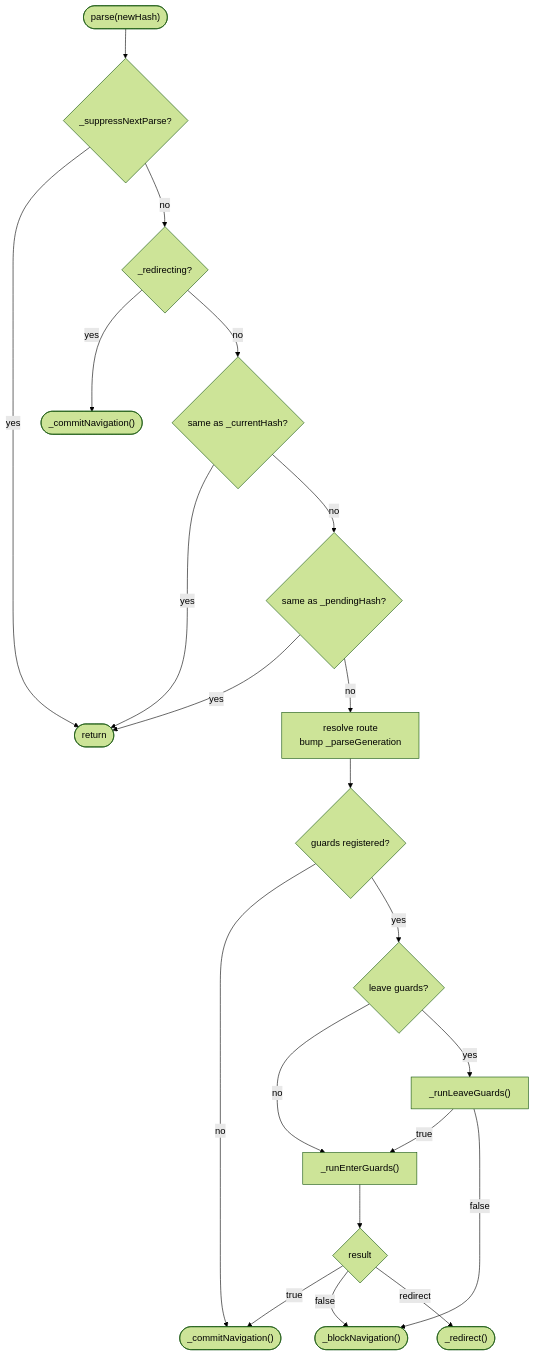
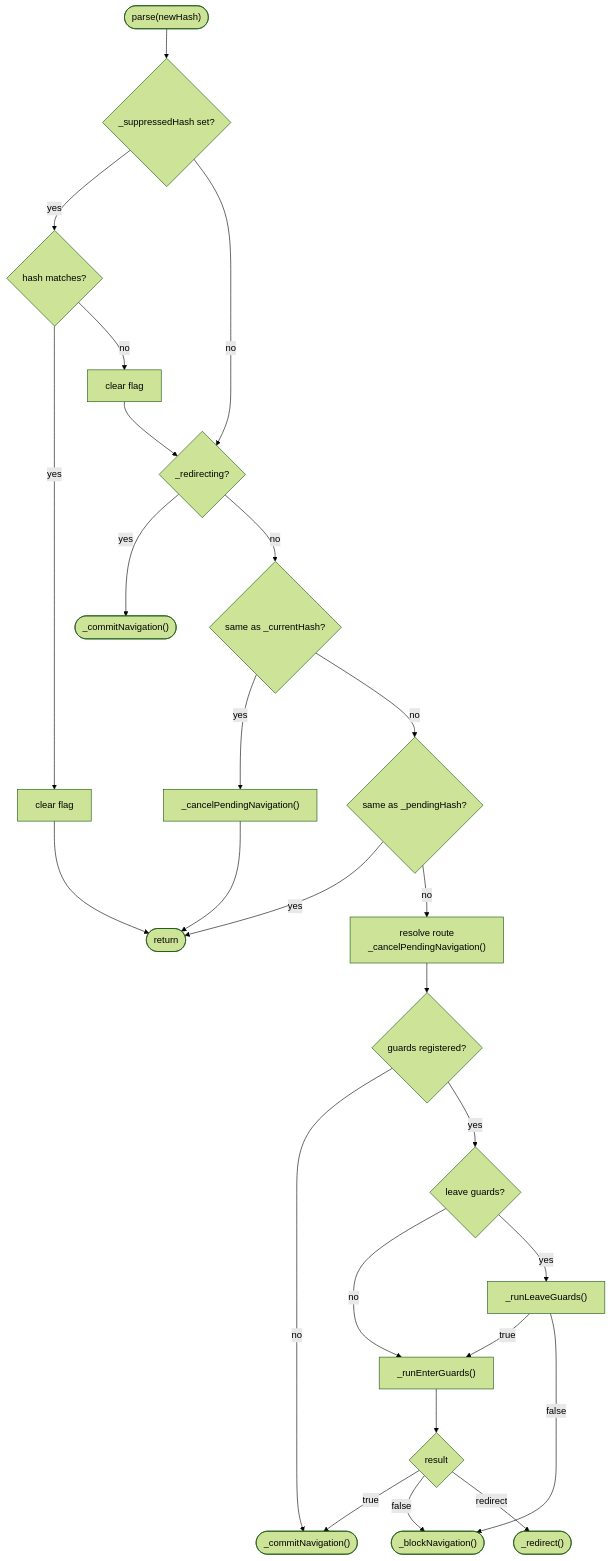
Before and after one commit to wridgeu/ui5-lib-guard-router: the first of 3 diagrams in docs/architecture.md, drawn with Mermaid (forest theme). The commit also changed other lines of this file and 44 other files, not shown here.

````diff
--- a/docs/architecture.md
+++ b/docs/architecture.md
@@ -128,27 +136,29 @@
 ```mermaid
 flowchart TD
-    start(["parse(newHash)"]) --> suppress{_suppressNextParse?}
-    suppress -- "yes" --> ret(["return"])
+    start(["parse(newHash)"]) --> suppress{_suppressedHash set?}
+    suppress -- "yes" --> smatch{hash matches?}
+    smatch -- "yes" --> sclear["clear flag"] --> ret(["return"])
+    smatch -- "no" --> sclear2["clear flag"] --> redir
     suppress -- "no" --> redir{_redirecting?}
     redir -- "yes" --> bypass(["_commitNavigation()"])
     redir -- "no" --> samehash{same as _currentHash?}
-    samehash -- "yes" --> ret
+    samehash -- "yes" --> canceldup["_cancelPendingNavigation()"] --> ret
     samehash -- "no" --> pending{same as _pendingHash?}
     pending -- "yes" --> ret
-    pending -- "no" --> setup["resolve route<br/>bump _parseGeneration"]
+    pending -- "no" --> setup["resolve route<br/>_cancelPendingNavigation()"]
 
     setup --> guards{guards registered?}
     guards -- "no" --> commit(["_commitNavigation()"])
     guards -- "yes" --> leave
 
     leave{leave guards?}
     leave -- "no" --> enter
     leave -- "yes" --> runleave["_runLeaveGuards()"]
     runleave -- "true" --> enter["_runEnterGuards()"]
     runleave -- "false" --> block
 
     enter --> result{result}
     result -- "true" --> commit
     result -- "false" --> block(["_blockNavigation()"])
     result -- "redirect" --> redirect(["_redirect()"])
 ```
````
